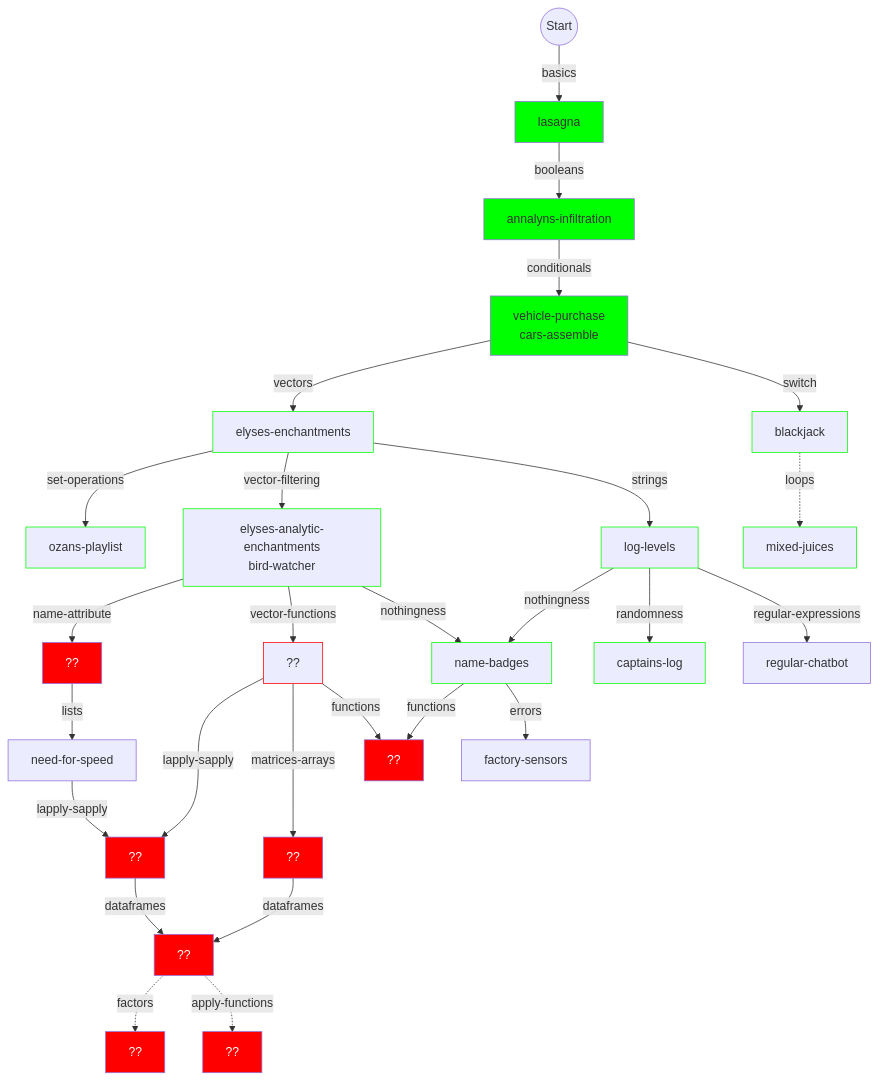
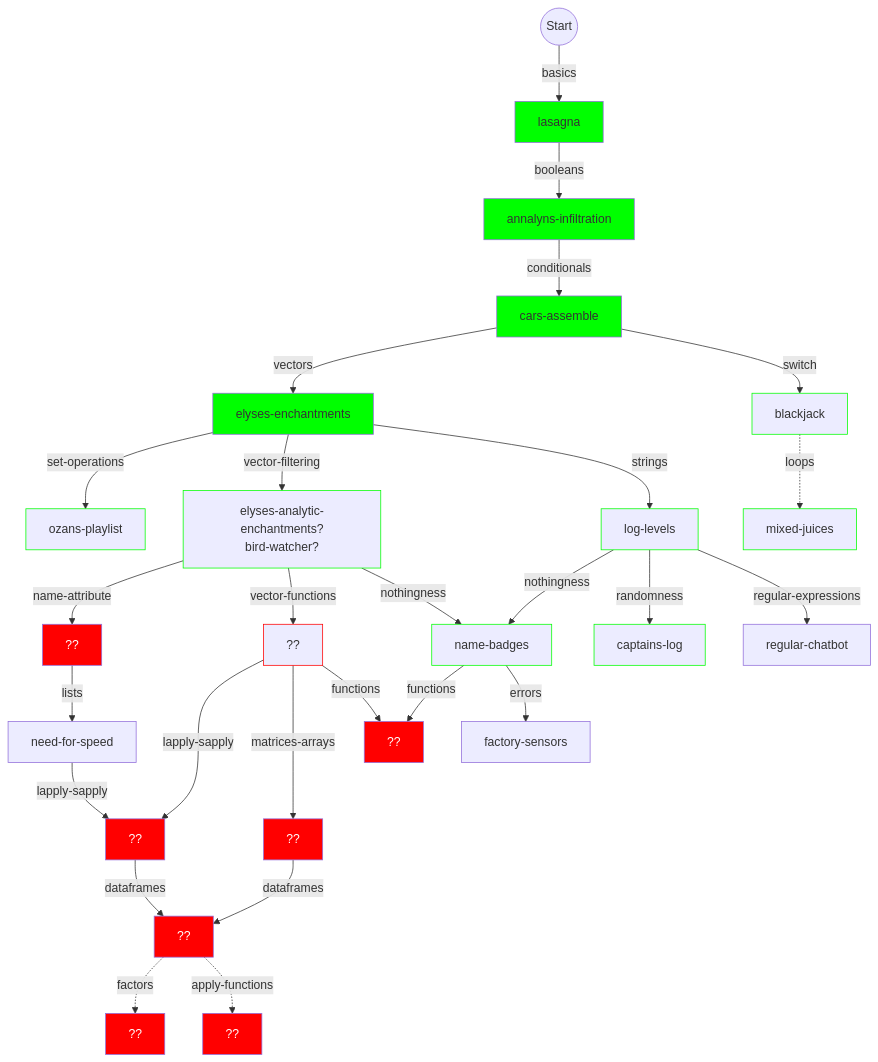
Before and after one commit to colinleach/learning-track-doodles: the first of 2 diagrams in r/flowchart.md, drawn with Mermaid. The commit also changed 9 other files, not shown here.

````diff
--- a/r/flowchart.md
+++ b/r/flowchart.md
@@ -13,74 +13,74 @@
 ```mermaid
 graph TD
     
 start(("Start")) --basics--> basics["lasagna"]
 style basics fill:#0f0
 
 basics --booleans--> booleans["annalyns-infiltration"]
 style booleans fill:#0f0
 
-booleans --conditionals--> conditionals["vehicle-purchase<br/>cars-assemble"]
+booleans --conditionals--> conditionals["cars-assemble"]
 style conditionals fill:#0f0
 
 conditionals --vectors--> vectors["elyses-enchantments"]
-style vectors stroke:#0f0
+style vectors fill:#0f0
 
 switch -.loops.-> loops["mixed-juices"]
 style loops stroke:#0f0
 
 conditionals --switch--> switch["blackjack"]
 style switch stroke:#0f0
 
 vectors --set-operations--> set-operations["ozans-playlist"]
 style set-operations stroke:#0f0
 
 name-attribute --lists--> lists["need-for-speed"]
 
-vectors --vector-filtering--> vector-filtering["elyses-analytic-enchantments<br/>bird-watcher"]
+vectors --vector-filtering--> vector-filtering["elyses-analytic-enchantments?<br/>bird-watcher?"]
 style vector-filtering stroke:#0f0
 
 vector-filtering --name-attribute--> name-attribute["??"]
 style name-attribute fill:#f00,color:#fff
 
 vector-filtering --vector-functions--> vector-functions["??"]
 style vector-functions stroke:#f00
 
 vector-filtering --nothingness--> nothingness["name-badges"]
 style vector-filtering stroke:#0f0
 
 vectors --strings--> strings["log-levels"]
 style strings stroke:#0f0
 
 strings --nothingness--> nothingness["name-badges"]
 style nothingness stroke:#0f0
 
 strings --randomness--> randomness["captains-log"]
 style randomness stroke:#0f0
 
 strings --regular-expressions--> regular-expressions["regular-chatbot"]
 
 lists --lapply-sapply--> lapply-sapply["??"]
 vector-functions --lapply-sapply--> lapply-sapply["??"]
 style lapply-sapply fill:#f00,color:#fff
 
 vector-functions --matrices-arrays--> matrices-arrays["??"]
 style matrices-arrays fill:#f00,color:#fff
 
 style apply-functions fill:#f00,color:#fff
 
 lapply-sapply --dataframes--> dataframes["??"]
 style dataframes fill:#f00,color:#fff
 
 matrices-arrays --dataframes--> dataframes
 dataframes -.factors.-> factors["??"]
 style factors fill:#f00,color:#fff
 
 dataframes -.apply-functions.-> apply-functions["??"]
 
 vector-functions --functions--> functions["??"]
 nothingness --functions--> functions["??"]
 style functions fill:#f00,color:#fff
 
 nothingness --errors--> errors["factory-sensors "]
 
 ```
````
